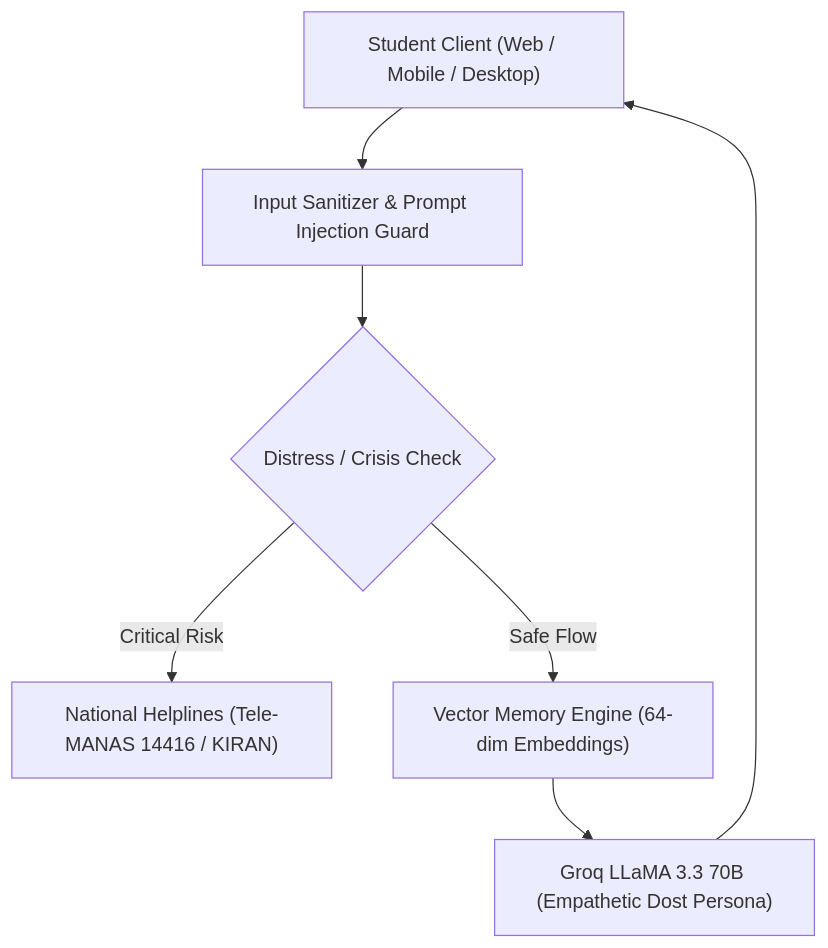
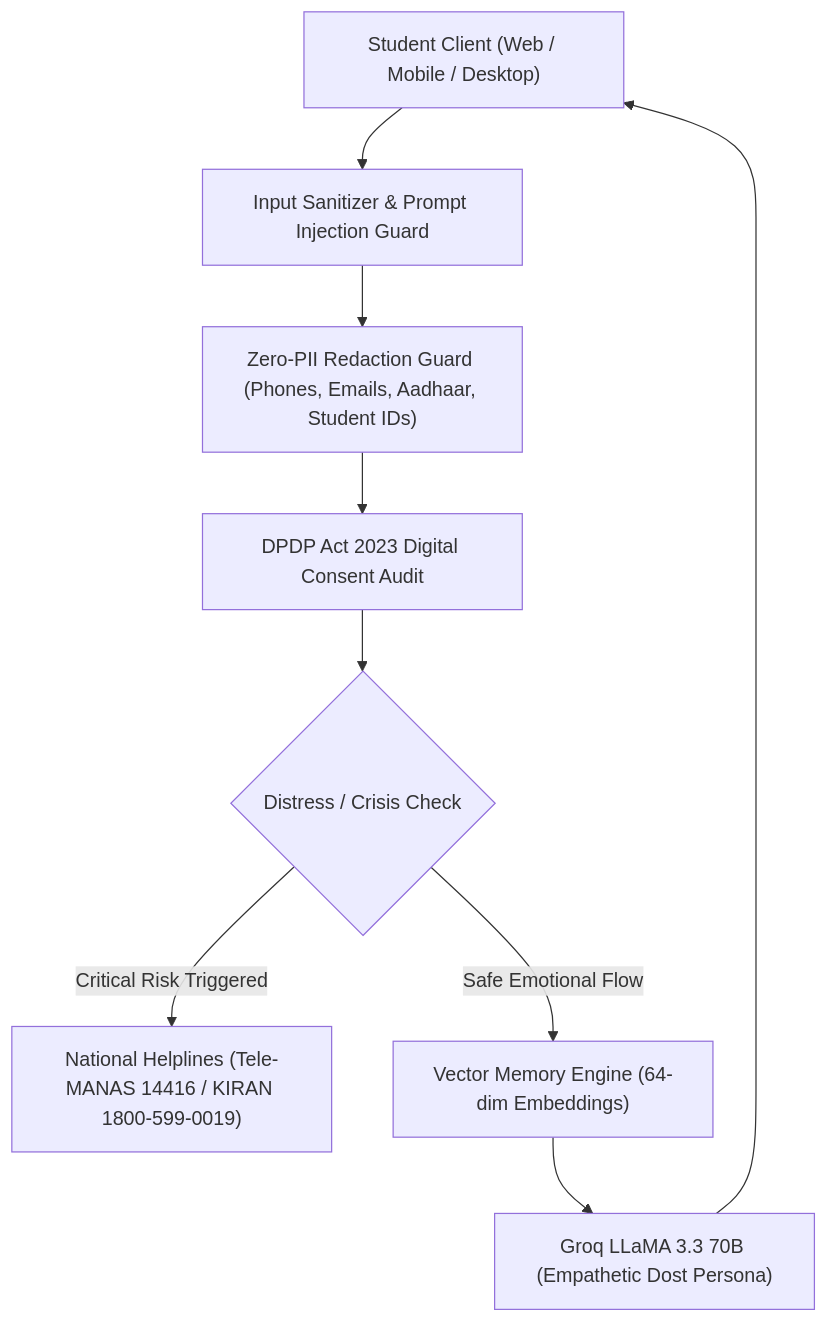
One commit to yashpatadiya1724-cmyk/mansitra_APP changed the diagram in README.md. Above: the diagram before and after it, drawn with Mermaid. The commit also changed other lines of this file and 6 other files, not shown here.

Commit message:
feat(privacy): add DPDP Act 2023 compliance, PII redaction engine, clinical disclaimer and automated test suite

````diff
--- a/README.md
+++ b/README.md
@@ -31,16 +34,20 @@
 ```mermaid
 flowchart TD
     Client["Student Client (Web / Mobile / Desktop)"]
     Sanitizer["Input Sanitizer & Prompt Injection Guard"]
+    PIIRedactor["Zero-PII Redaction Guard (Phones, Emails, Aadhaar, Student IDs)"]
     CrisisGate{"Distress / Crisis Check"}
-    Helpline["National Helplines (Tele-MANAS 14416 / KIRAN)"]
+    Helpline["National Helplines (Tele-MANAS 14416 / KIRAN 1800-599-0019)"]
+    DPDPConsent["DPDP Act 2023 Digital Consent Audit"]
     VectorMem["Vector Memory Engine (64-dim Embeddings)"]
     GroqLLM["Groq LLaMA 3.3 70B (Empathetic Dost Persona)"]
 
     Client --> Sanitizer
-    Sanitizer --> CrisisGate
-    CrisisGate -- Critical Risk --> Helpline
-    CrisisGate -- Safe Flow --> VectorMem
+    Sanitizer --> PIIRedactor
+    PIIRedactor --> DPDPConsent
+    DPDPConsent --> CrisisGate
+    CrisisGate -- Critical Risk Triggered --> Helpline
+    CrisisGate -- Safe Emotional Flow --> VectorMem
     VectorMem --> GroqLLM
     GroqLLM --> Client
 ```
````
